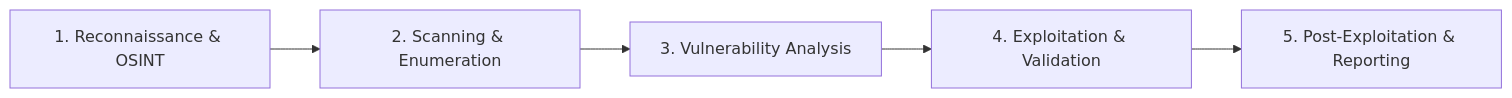
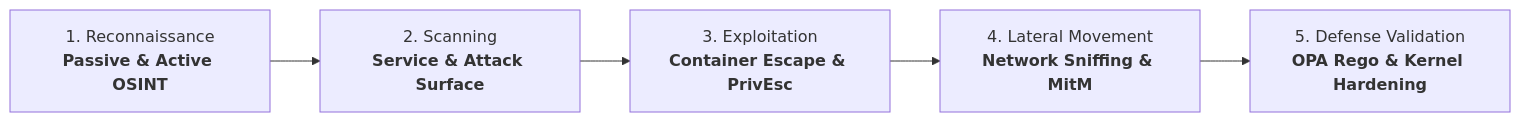
The first of 3 diagrams in public/labs/ethical-hacker-easy-way.md (CloudSecCorner/cloudseccorner.github.io), drawn with Mermaid before and after one commit. The commit also changed other lines of this file and 4 other files, not shown here.

Commit message:
feat(labs): overhaul ethical hacking lab with container escape and k8s defense

````diff
--- a/public/labs/ethical-hacker-easy-way.md
+++ b/public/labs/ethical-hacker-easy-way.md
@@ -34,7 +20,7 @@
 ```mermaid
 flowchart LR
-  P1[1. Reconnaissance & OSINT] --> P2[2. Scanning & Enumeration]
-  P2 --> P3[3. Vulnerability Analysis]
-  P3 --> P4[4. Exploitation & Validation]
-  P4 --> P5[5. Post-Exploitation & Reporting]
+    P1["1. Reconnaissance<br><b>Passive & Active OSINT</b>"] --> P2["2. Scanning<br><b>Service & Attack Surface</b>"]
+    P2 --> P3["3. Exploitation<br><b>Container Escape & PrivEsc</b>"]
+    P3 --> P4["4. Lateral Movement<br><b>Network Sniffing & MitM</b>"]
+    P4 --> P5["5. Defense Validation<br><b>OPA Rego & Kernel Hardening</b>"]
 ```
````
